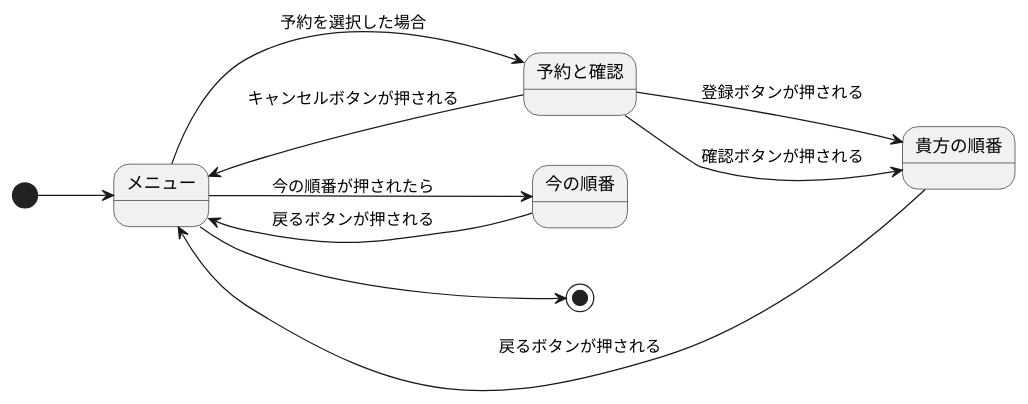
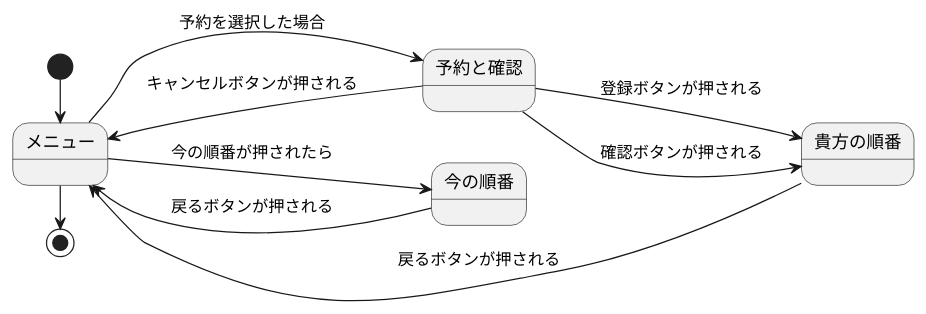
One commit to mimoza126/uml-introduction changed the diagram in 課題/6章/演習6-3_ステートマシン図_診察予約システム.pu. Above: the diagram before and after it, drawn with PlantUML. The commit also changed 5 other files, not shown here.

```diff
--- a/課題/6章/演習6-3_ステートマシン図_診察予約システム.pu
+++ b/課題/6章/演習6-3_ステートマシン図_診察予約システム.pu
@@ -1,21 +1,21 @@
 @startuml 演習6-3_ステートマシン図_診察予約システム.pu
 left to right direction
-[*] --> メニュー
+[*] -right-> メニュー
 
 state メニュー
 state 予約と確認
 state 貴方の順番 
 state 今の順番
 
 
 メニュー --> 予約と確認 : 予約を選択した場合
 予約と確認 --> 貴方の順番   : 登録ボタンが押される
 予約と確認 --> メニュー : キャンセルボタンが押される
 予約と確認--> 貴方の順番 : 確認ボタンが押される
 メニュー --> 今の順番 : 今の順番が押されたら
 貴方の順番 --> メニュー : 戻るボタンが押される
 今の順番 --> メニュー : 戻るボタンが押される
 
-メニュー --> [*]
+メニュー -right-> [*]
 
 @enduml
```
